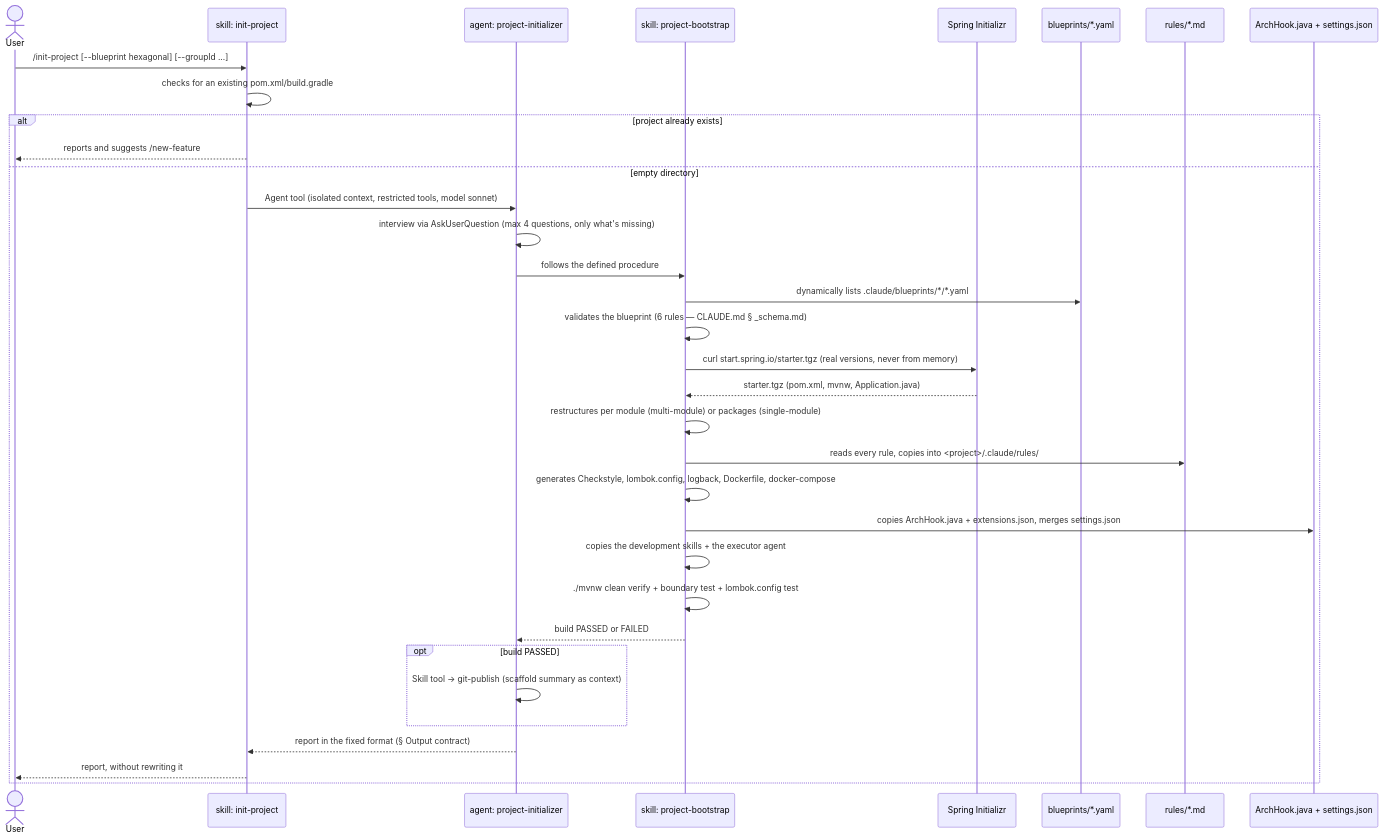
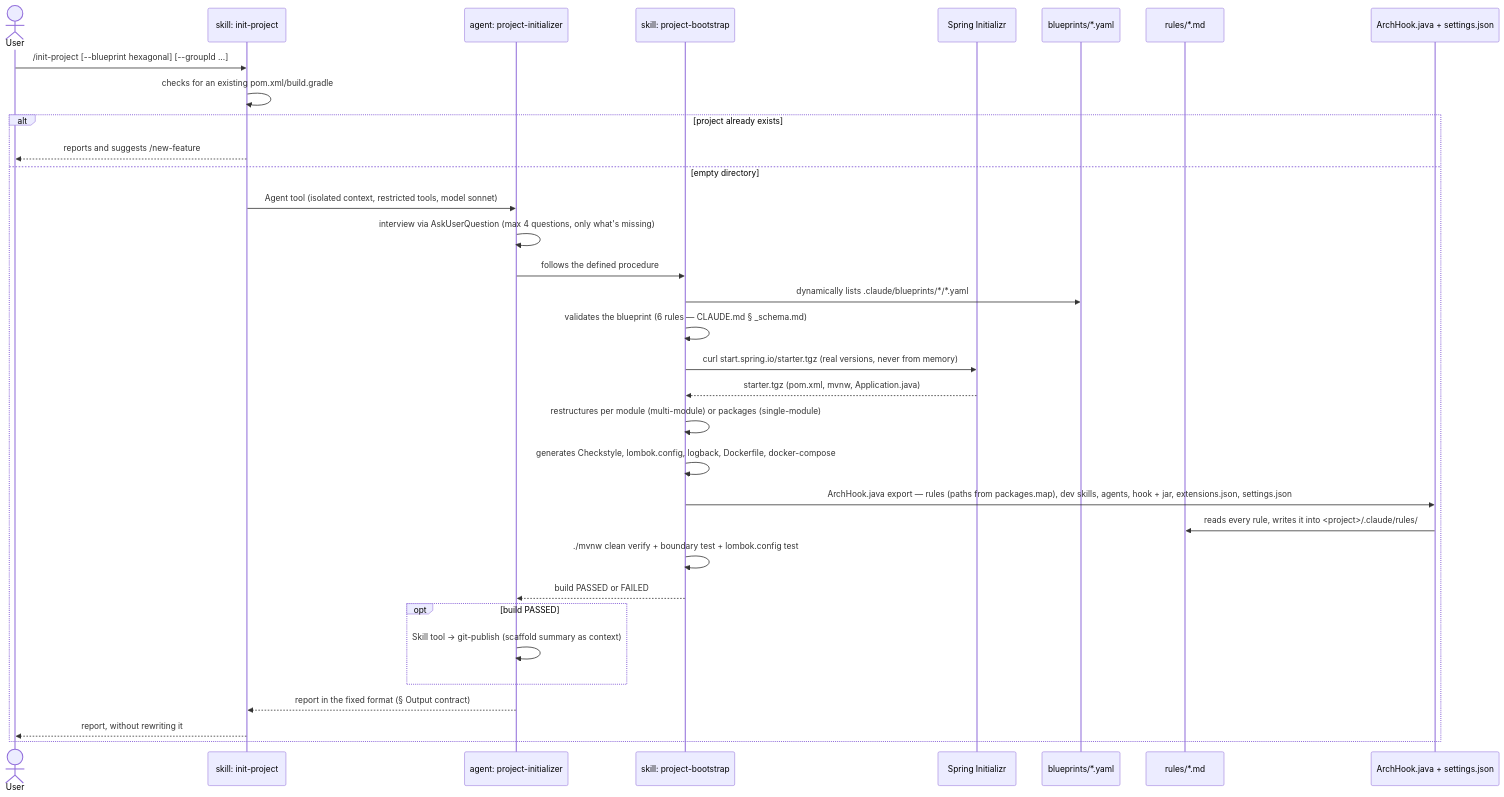
Before and after one commit to ice-lfernandes/claude-spring-architect: the diagram in docs/en/02-init-project.md, drawn with Mermaid. The commit also changed other lines of this file and 29 other files, not shown here.

````diff
--- a/docs/en/02-init-project.md
+++ b/docs/en/02-init-project.md
@@ -33,37 +33,36 @@
 ```mermaid
 sequenceDiagram
     actor U as User
     participant CMD as skill: init-project
     participant AG as agent: project-initializer
     participant BOOT as skill: project-bootstrap
     participant INIT as Spring Initializr
     participant BP as blueprints/*.yaml
     participant RULES as rules/*.md
     participant HOOK as ArchHook.java + settings.json
 
     U->>CMD: /init-project [--blueprint hexagonal] [--groupId ...]
     CMD->>CMD: checks for an existing pom.xml/build.gradle
     alt project already exists
         CMD-->>U: reports and suggests /new-feature
     else empty directory
         CMD->>AG: Agent tool (isolated context, restricted tools, model sonnet)
         AG->>AG: interview via AskUserQuestion (max 4 questions, only what's missing)
         AG->>BOOT: follows the defined procedure
         BOOT->>BP: dynamically lists .claude/blueprints/*/*.yaml
         BOOT->>BOOT: validates the blueprint (6 rules — CLAUDE.md § _schema.md)
         BOOT->>INIT: curl start.spring.io/starter.tgz (real versions, never from memory)
         INIT-->>BOOT: starter.tgz (pom.xml, mvnw, Application.java)
         BOOT->>BOOT: restructures per module (multi-module) or packages (single-module)
-        BOOT->>RULES: reads every rule, copies into <project>/.claude/rules/
         BOOT->>BOOT: generates Checkstyle, lombok.config, logback, Dockerfile, docker-compose
-        BOOT->>HOOK: copies ArchHook.java + extensions.json, merges settings.json
-        BOOT->>BOOT: copies the development skills + the executor agent
+        BOOT->>HOOK: ArchHook.java export — rules (paths from packages.map), dev skills, agents, hook + jar, extensions.json, settings.json
+        HOOK->>RULES: reads every rule, writes it into <project>/.claude/rules/
         BOOT->>BOOT: ./mvnw clean verify + boundary test + lombok.config test
         BOOT-->>AG: build PASSED or FAILED
         opt build PASSED
             AG->>AG: Skill tool → git-publish (scaffold summary as context)
         end
         AG-->>CMD: report in the fixed format (§ Output contract)
         CMD-->>U: report, without rewriting it
     end
 ```
````
